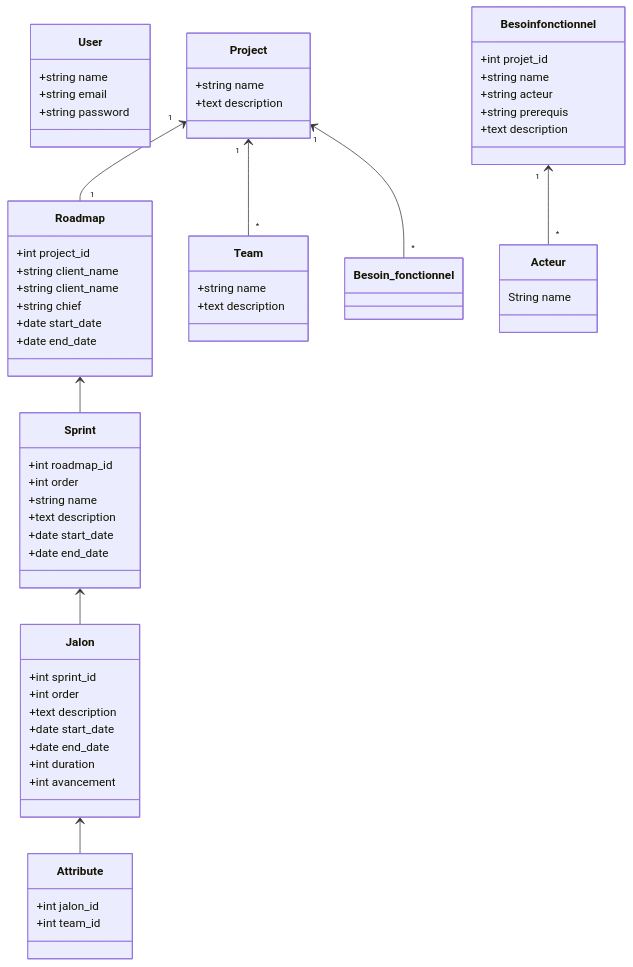
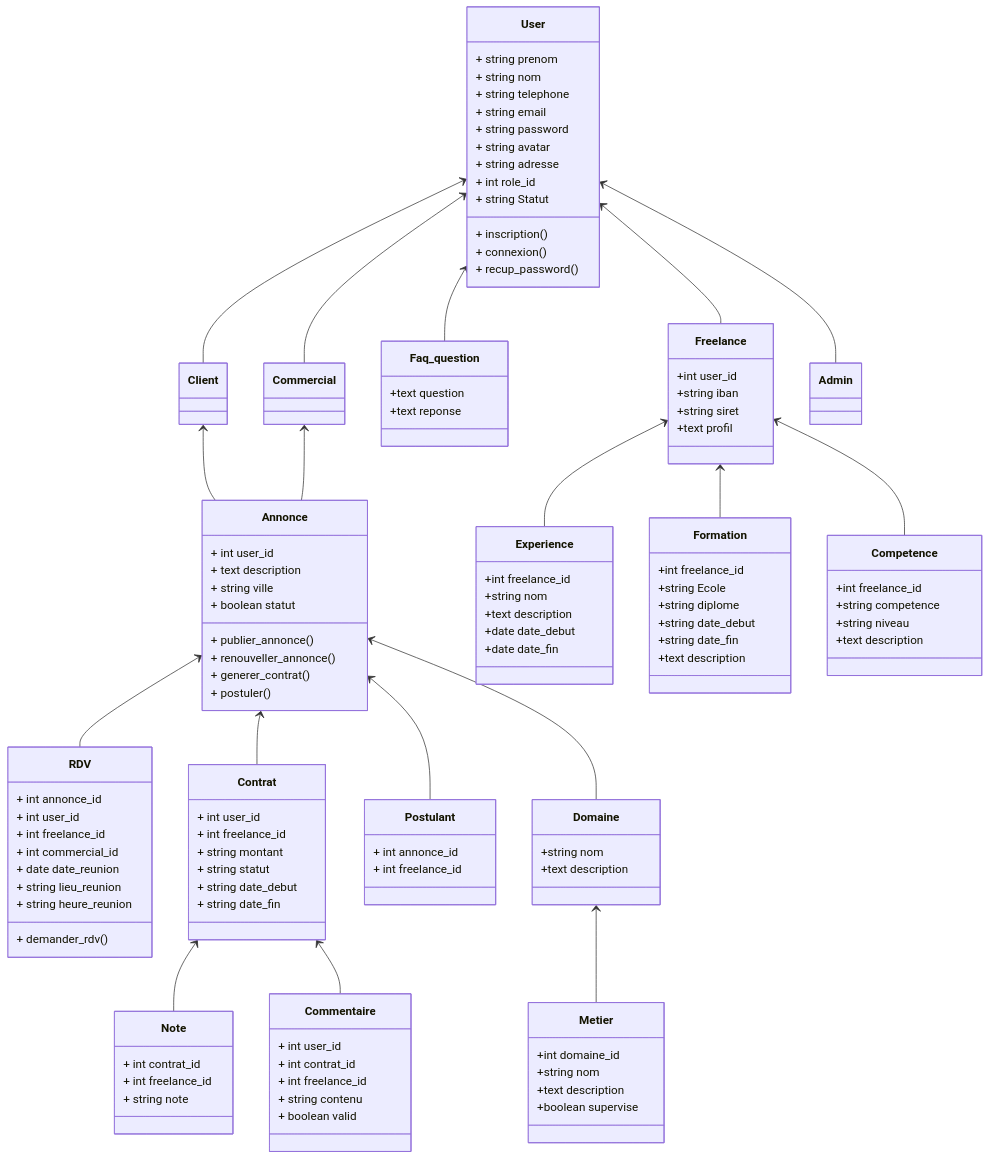
Before and after one commit to desmond8500/Devtools: the diagram in public/docs/class_diagram.md, drawn with Mermaid. The commit also changed 5 other files, not shown here.

```diff
--- a/public/docs/class_diagram.md
+++ b/public/docs/class_diagram.md
@@ -4,76 +4,133 @@
 classDiagram
 
 class User{
-    +string name
-    +string email
-    +string password
+    + string prenom
+    + string nom
+    + string telephone
+    + string email
+    + string password
+    + string avatar
+    + string adresse
+    + int role_id
+    + string Statut
+    + inscription()
+    + connexion()
+    + recup_password()
 }
 
+Client <-- Annonce
+Commercial <-- Annonce
+User <-- Faq_question
+User <-- Freelance
+User <-- Client
+User <-- Admin
+User <-- Commercial
 
-
-class Project{
-    +string name
-    +text description
+class Faq_question{
+  +text question    
+  +text reponse    
 }
 
-Project "1" <-- "1" Roadmap
-Project "1" <-- "*" Team
-Project "1" <-- "*" Besoin_fonctionnel
+class Annonce{
+    + int user_id
+    + text description
+    + string ville
+    + boolean statut
+    + publier_annonce()
+    + renouveller_annonce()
+    + generer_contrat()
+    + postuler()
+    
+}
+Annonce <-- RDV
+Annonce <-- Contrat
+Annonce <-- Postulant
+Annonce <-- Domaine
 
+class RDV{
+    + int annonce_id
+    + int user_id
+    + int freelance_id
+    + int commercial_id
+    + date date_reunion
+    + string lieu_reunion
+    + string heure_reunion
+    + demander_rdv()
+}
+class Commentaire{
+    + int user_id
+    + int contrat_id
+    + int freelance_id
+    + string contenu
+    + boolean valid
+}
+class Contrat{
+    + int user_id
+    + int freelance_id
+    + string montant
+    + string statut
+    + string date_debut
+    + string date_fin
+}
+Contrat <-- Note
+Contrat <-- Commentaire
 
-class Besoinfonctionnel{
-    +int projet_id
-    +string name
-    +string acteur
-    +string prerequis
-    +text description
+class Note{
+    + int contrat_id
+    + int freelance_id
+    + string note
+}
+class Postulant{
+    + int annonce_id
+    + int freelance_id
 }
 
-Besoinfonctionnel "1" <-- "*" Acteur
-
-class Acteur{
-    String name
+class Freelance {
+    +int user_id
+    +string iban
+    +string siret
+    +text profil
 }
 
-class Roadmap{
-    +int project_id
-    +string client_name
-    +string client_name
-    +string chief
-    +date start_date
-    +date end_date
-}
-Roadmap <-- Sprint
+Freelance <-- Experience
+Freelance <-- Formation
+Freelance <-- Competence
 
-class Sprint{
-    +int roadmap_id
-    +int order
-    +string name
-    +text description
-    +date start_date
-    +date end_date
-}
-Sprint <-- Jalon
-
-class Jalon{
-    +int sprint_id
-    +int order
-    +text description
-    +date start_date
-    +date end_date
-    +int duration
-    +int avancement
-}
-Jalon <-- Attribute
-
-class Team{
-    +string name
-    +text description
+class Experience {
+  +int freelance_id
+  +string nom
+  +text description 
+  +date date_debut
+  +date date_fin
 }
 
-class Attribute{
-    +int jalon_id
-    +int team_id
+class Domaine {
+  +string nom
+  +text description 
+}
+Domaine <-- Metier
+
+class Metier {
+  +int domaine_id
+  +string nom
+  +text description 
+  +boolean supervise
+}
+
+class Competence {
+  +int freelance_id
+  +string competence
+  +string niveau
+  +text description 
+}
+
+class Formation {
+  +int freelance_id
+  +string Ecole
+  +string diplome
+  +string date_debut
+  +string date_fin
+  +text description 
 }
 
 
```
